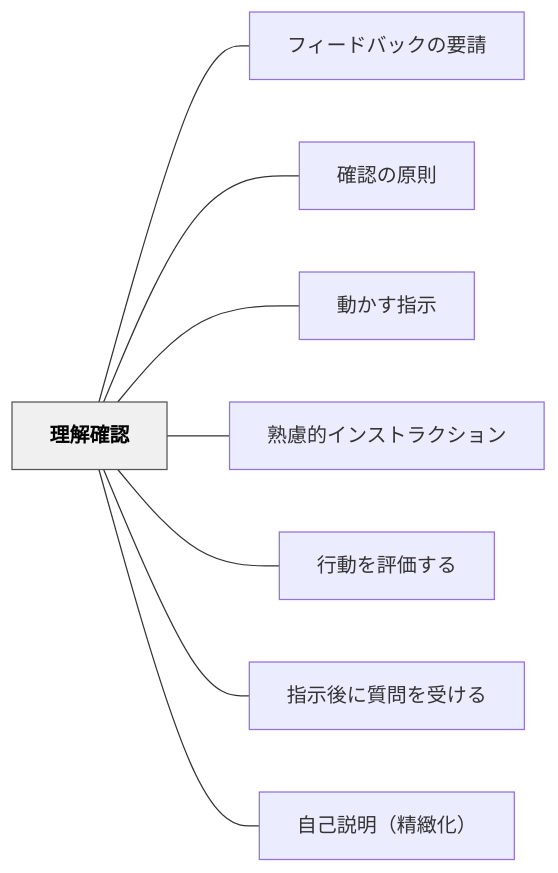
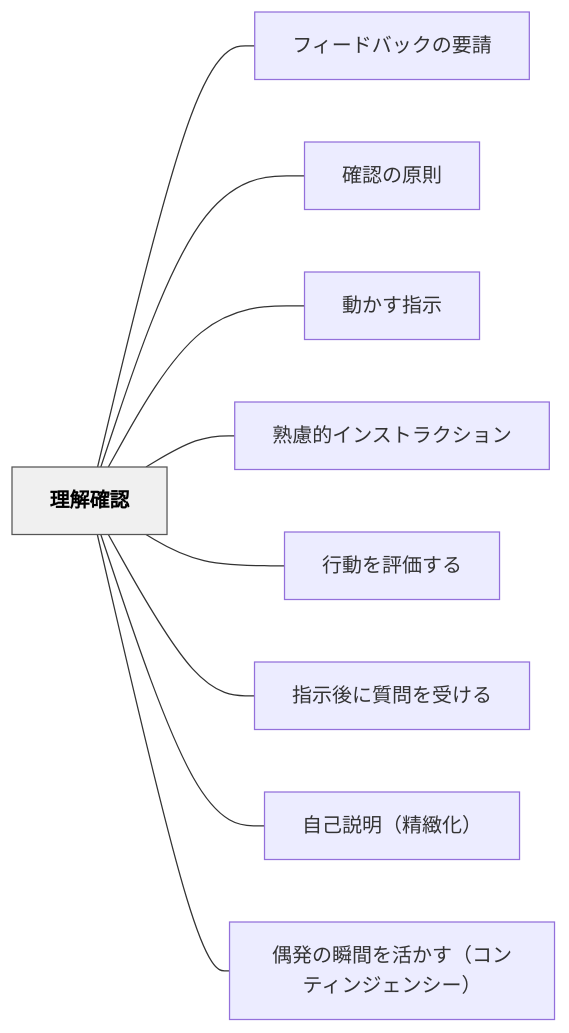
The diagram in content/パタン/理解確認.md (unknownthings-ed-patterns/unknownthings-ed-patterns), drawn with Mermaid before and after one commit. The commit also changed other lines of this file and 21 other files, not shown here.

````diff
--- a/content/パタン/理解確認.md
+++ b/content/パタン/理解確認.md
@@ -40,22 +37,24 @@
 ```mermaid
 flowchart LR
     ne79086e8a7a3e7a2bae8aa8d["理解確認"]
     ne38395e382a3e383bce38389e38390e38383e382afe381aee8a681e8ab8b["フィードバックの要請"]
     ne7a2bae8aa8de381aee58e9fe58987["確認の原則"]
     ne58b95e3818be38199e68c87e7a4ba["動かす指示"]
     ne7869fe685aee79a84e382a4e383b3e382b9e38388e383a9e382afe382b7e383a7e383b3["熟慮的インストラクション"]
     ne8a18ce58b95e38292e8a995e4bea1e38199e3828b["行動を評価する"]
     ne68c87e7a4bae5be8ce381abe8b3aae5958fe38292e58f97e38191e3828b["指示後に質問を受ける"]
     ne887aae5b7b1e8aaace6988eefbc88e7b2bee7b7bbe58c96efbc89["自己説明（精緻化）"]
+    ne581b6e799bae381aee79eace99693e38292e6b4bbe3818be38199efbc88e382b3e383b3e38386e382a3e383b3e382b8e382a7e383b3e382b7e383bcefbc89["偶発の瞬間を活かす（コンティンジェンシー）"]
 
     ne79086e8a7a3e7a2bae8aa8d --- ne38395e382a3e383bce38389e38390e38383e382afe381aee8a681e8ab8b
     ne79086e8a7a3e7a2bae8aa8d --- ne7a2bae8aa8de381aee58e9fe58987
     ne79086e8a7a3e7a2bae8aa8d --- ne58b95e3818be38199e68c87e7a4ba
     ne79086e8a7a3e7a2bae8aa8d --- ne7869fe685aee79a84e382a4e383b3e382b9e38388e383a9e382afe382b7e383a7e383b3
     ne79086e8a7a3e7a2bae8aa8d --- ne8a18ce58b95e38292e8a995e4bea1e38199e3828b
     ne79086e8a7a3e7a2bae8aa8d --- ne68c87e7a4bae5be8ce381abe8b3aae5958fe38292e58f97e38191e3828b
     ne79086e8a7a3e7a2bae8aa8d --- ne887aae5b7b1e8aaace6988eefbc88e7b2bee7b7bbe58c96efbc89
+    ne79086e8a7a3e7a2bae8aa8d --- ne581b6e799bae381aee79eace99693e38292e6b4bbe3818be38199efbc88e382b3e383b3e38386e382a3e383b3e382b8e382a7e383b3e382b7e383bcefbc89
 
     classDef hub fill:#f0f0f0,stroke:#555,color:#000,font-weight:bold
     class ne79086e8a7a3e7a2bae8aa8d hub
 ```
````
